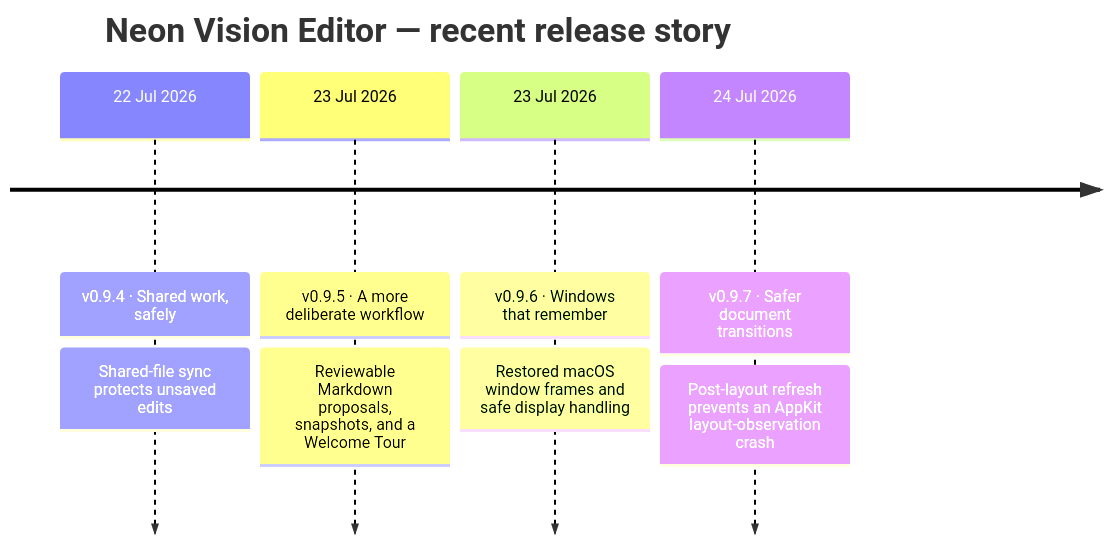
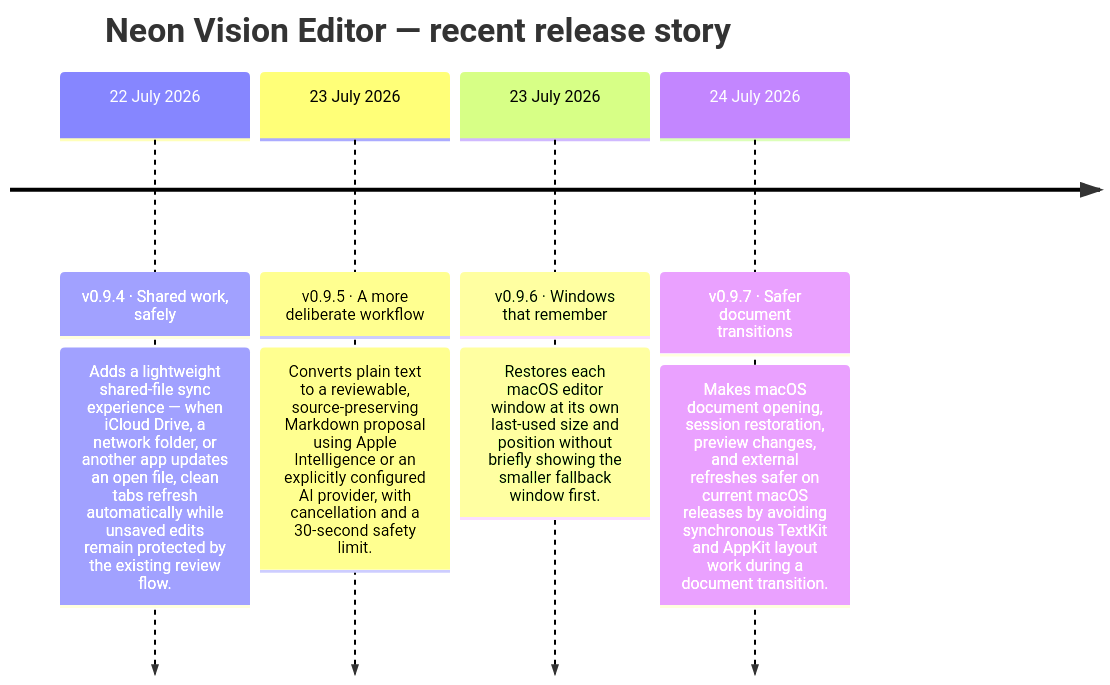
The second of 2 diagrams in README.md (h3pdesign/Neon-Vision-Editor), drawn with Mermaid before and after one commit. The commit also changed other lines of this file and 11 other files, not shown here.

Commit message:
chore: automate release timeline updates

````diff
--- a/README.md
+++ b/README.md
@@ -762,12 +763,12 @@
 ```mermaid
 timeline
     title Neon Vision Editor — recent release story
-    22 Jul 2026 : v0.9.4 · Shared work, safely
-                : Shared-file sync protects unsaved edits
-    23 Jul 2026 : v0.9.5 · A more deliberate workflow
-                : Reviewable Markdown proposals, snapshots, and a Welcome Tour
-    23 Jul 2026 : v0.9.6 · Windows that remember
-                : Restored macOS window frames and safe display handling
-    24 Jul 2026 : v0.9.7 · Safer document transitions
-                : Post-layout refresh prevents an AppKit layout-observation crash
+    22 July 2026 : v0.9.4 · Shared work, safely
+                : Adds a lightweight shared-file sync experience — when iCloud Drive, a network folder, or another app updates an open file, clean tabs refresh automatically while unsaved edits remain protected by the existing review flow.
+    23 July 2026 : v0.9.5 · A more deliberate workflow
+                : Converts plain text to a reviewable, source-preserving Markdown proposal using Apple Intelligence or an explicitly configured AI provider, with cancellation and a 30-second safety limit.
+    23 July 2026 : v0.9.6 · Windows that remember
+                : Restores each macOS editor window at its own last-used size and position without briefly showing the smaller fallback window first.
+    24 July 2026 : v0.9.7 · Safer document transitions
+                : Makes macOS document opening, session restoration, preview changes, and external refreshes safer on current macOS releases by avoiding synchronous TextKit and AppKit layout work during a document transition.
 ```
````
